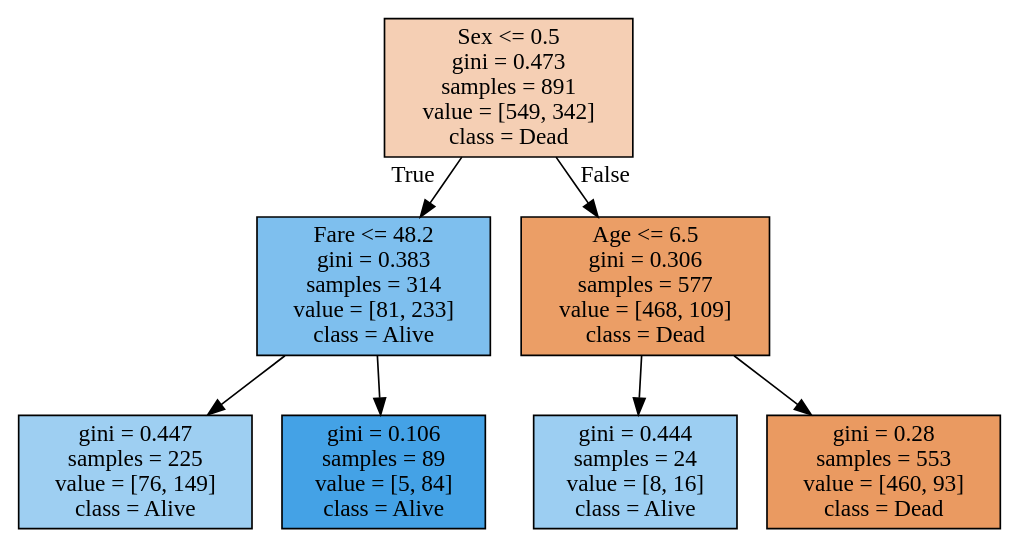
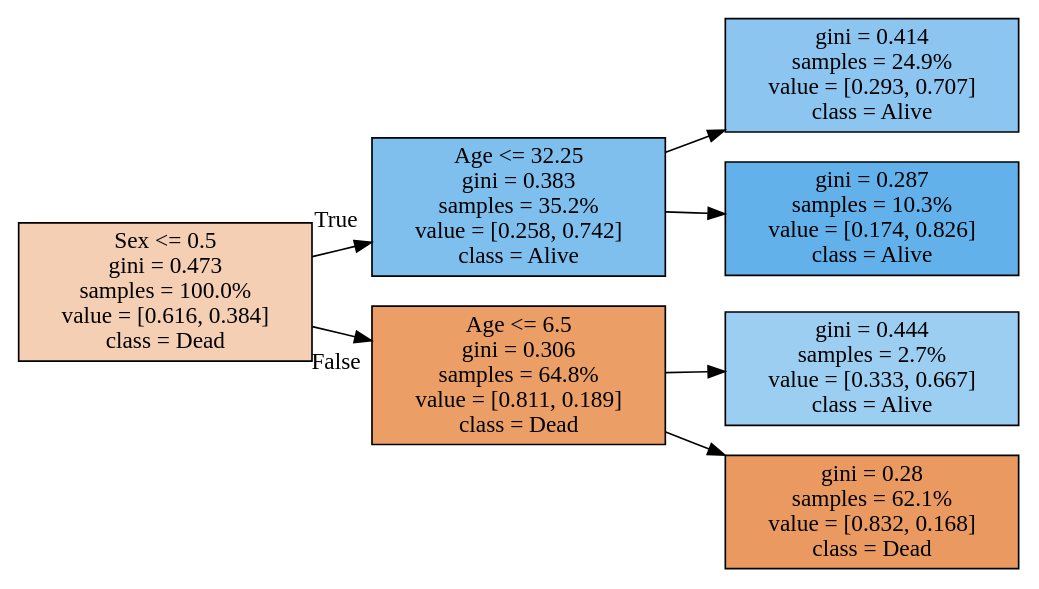
Before and after one commit to mGalarnyk/Python_Tutorials: the diagram in Kaggle/Titanic/decisionTreeTitantic.dot, drawn with Graphviz. The commit also changed 5 other files, not shown here.

```diff
--- a/Kaggle/Titanic/decisionTreeTitantic.dot
+++ b/Kaggle/Titanic/decisionTreeTitantic.dot
@@ -1,16 +1,17 @@
 digraph Tree {
 node [shape=box, style="filled", color="black"] ;
-0 [label="Sex <= 0.5\ngini = 0.473\nsamples = 891\nvalue = [549, 342]\nclass = Dead", fillcolor="#e5813960"] ;
-1 [label="Fare <= 48.2\ngini = 0.383\nsamples = 314\nvalue = [81, 233]\nclass = Alive", fillcolor="#399de5a6"] ;
-0 -> 1 [labeldistance=2.5, labelangle=45, headlabel="True"] ;
-2 [label="gini = 0.447\nsamples = 225\nvalue = [76, 149]\nclass = Alive", fillcolor="#399de57d"] ;
+rankdir=LR ;
+0 [label="Sex <= 0.5\ngini = 0.473\nsamples = 100.0%\nvalue = [0.616, 0.384]\nclass = Dead", fillcolor="#e5813960"] ;
+1 [label="Age <= 32.25\ngini = 0.383\nsamples = 35.2%\nvalue = [0.258, 0.742]\nclass = Alive", fillcolor="#399de5a6"] ;
+0 -> 1 [labeldistance=2.5, labelangle=-45, headlabel="True"] ;
+2 [label="gini = 0.414\nsamples = 24.9%\nvalue = [0.293, 0.707]\nclass = Alive", fillcolor="#399de595"] ;
 1 -> 2 ;
-3 [label="gini = 0.106\nsamples = 89\nvalue = [5, 84]\nclass = Alive", fillcolor="#399de5f0"] ;
+3 [label="gini = 0.287\nsamples = 10.3%\nvalue = [0.174, 0.826]\nclass = Alive", fillcolor="#399de5c9"] ;
 1 -> 3 ;
-4 [label="Age <= 6.5\ngini = 0.306\nsamples = 577\nvalue = [468, 109]\nclass = Dead", fillcolor="#e58139c4"] ;
-0 -> 4 [labeldistance=2.5, labelangle=-45, headlabel="False"] ;
-5 [label="gini = 0.444\nsamples = 24\nvalue = [8, 16]\nclass = Alive", fillcolor="#399de57f"] ;
+4 [label="Age <= 6.5\ngini = 0.306\nsamples = 64.8%\nvalue = [0.811, 0.189]\nclass = Dead", fillcolor="#e58139c4"] ;
+0 -> 4 [labeldistance=2.5, labelangle=45, headlabel="False"] ;
+5 [label="gini = 0.444\nsamples = 2.7%\nvalue = [0.333, 0.667]\nclass = Alive", fillcolor="#399de57f"] ;
 4 -> 5 ;
-6 [label="gini = 0.28\nsamples = 553\nvalue = [460, 93]\nclass = Dead", fillcolor="#e58139cb"] ;
+6 [label="gini = 0.28\nsamples = 62.1%\nvalue = [0.832, 0.168]\nclass = Dead", fillcolor="#e58139cb"] ;
 4 -> 6 ;
 }
```
